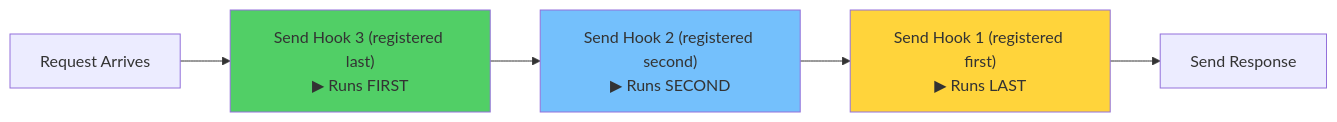
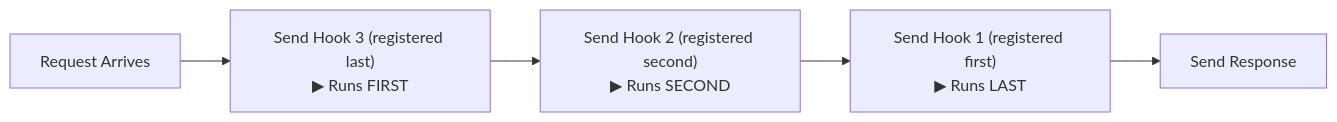
The diagram in docs/guides/diagrams/hook-lifo-execution.md (minima-js/minimajs), drawn with Mermaid before and after one commit. The commit also changed 19 other files, not shown here.

````diff
--- a/docs/guides/diagrams/hook-lifo-execution.md
+++ b/docs/guides/diagrams/hook-lifo-execution.md
@@ -1,11 +1,14 @@
 ```mermaid
 graph LR
     Start[Request Arrives] --> Hook3["Send Hook 3 (registered last)<br/>▶ Runs FIRST"]
     Hook3 --> Hook2["Send Hook 2 (registered second)<br/>▶ Runs SECOND"]
     Hook2 --> Hook1["Send Hook 1 (registered first)<br/>▶ Runs LAST"]
     Hook1 --> Handler[Send Response]
 
-    style Hook3 fill:#51cf66
-    style Hook2 fill:#74c0fc
-    style Hook1 fill:#ffd43b
+    class Start info
+    class Hook3 success
+    class Hook2 accent
+    class Hook1 warn
+    class Handler neutral
+
 ```
````
